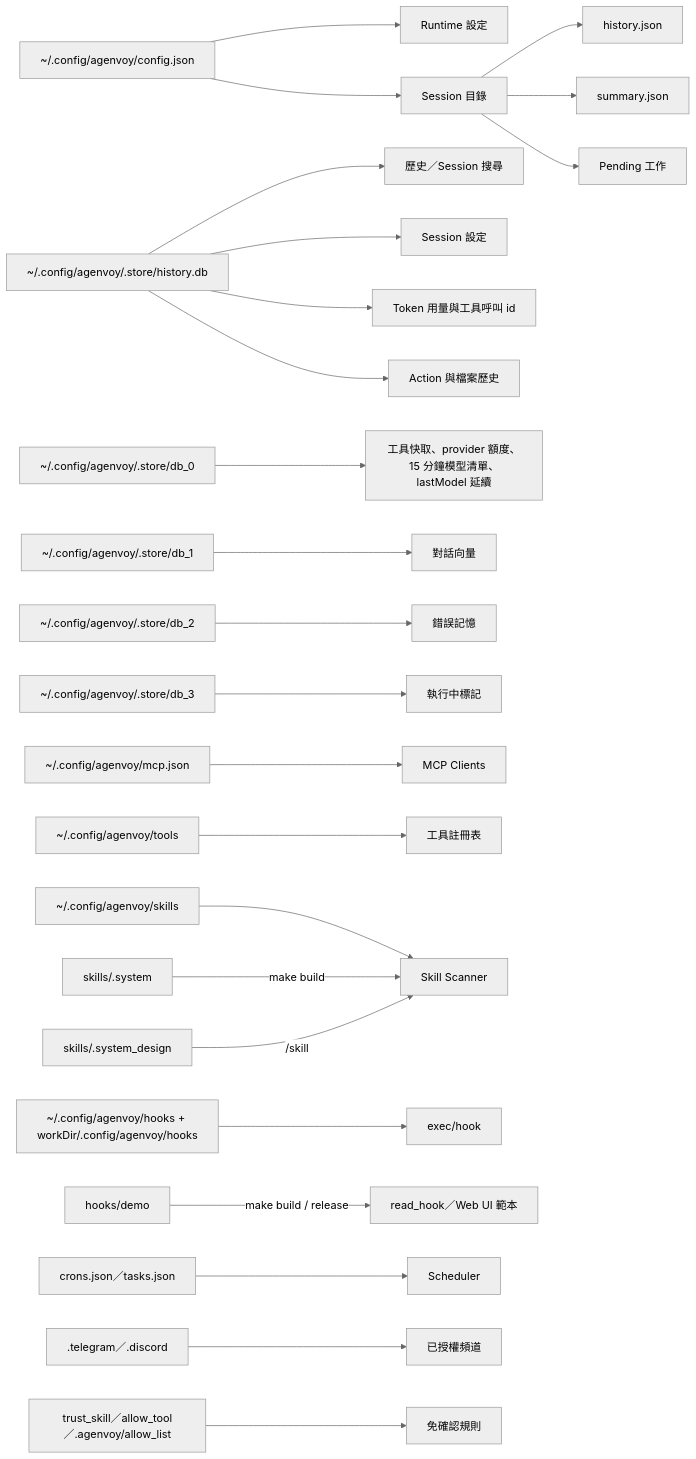
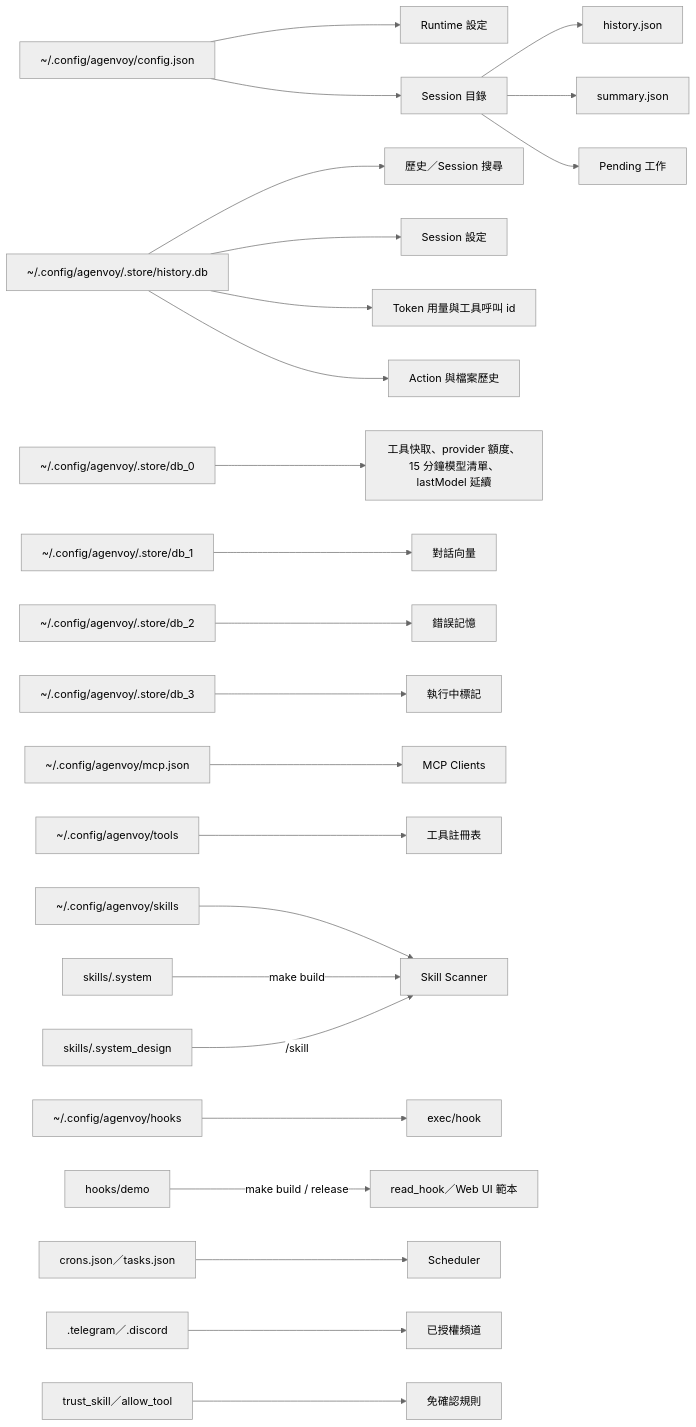
Before and after one commit to pardnchiu/Agenvoy: the tenth of 10 diagrams in doc/architecture.zh.md, drawn with Mermaid (neutral theme). The commit also changed other lines of this file and 5 other files, not shown here.

````diff
--- a/doc/architecture.zh.md
+++ b/doc/architecture.zh.md
@@ -245,26 +247,26 @@
 ```mermaid
 flowchart LR
     Config[~/.config/agenvoy/config.json] --> Runtime[Runtime 設定]
     Config --> Sessions[Session 目錄]
     Sessions --> History[history.json]
     Sessions --> Summary[summary.json]
     Sessions --> Pending[Pending 工作]
     SQLite[~/.config/agenvoy/.store/history.db] --> Search[歷史／Session 搜尋]
     SQLite --> SessionConfig[Session 設定]
     SQLite --> Usage[Token 用量與工具呼叫 id]
     SQLite --> ActionHistory[Action 與檔案歷史]
     Torii0[~/.config/agenvoy/.store/db_0] --> ToolCache[工具快取、provider 額度、15 分鐘模型清單、lastModel 延續]
     Torii1[~/.config/agenvoy/.store/db_1] --> SessionMemory[對話向量]
     Torii2[~/.config/agenvoy/.store/db_2] --> ErrorMemory[錯誤記憶]
     Torii3[~/.config/agenvoy/.store/db_3] --> Online[執行中標記]
     MCP[~/.config/agenvoy/mcp.json] --> MCPClients[MCP Clients]
     Tools[~/.config/agenvoy/tools] --> Registry[工具註冊表]
     Skills[~/.config/agenvoy/skills] --> Scanner[Skill Scanner]
     SystemSkills[skills/.system] -->|make build| Scanner
     DesignSkills[skills/.system_design] -->|/skill| Scanner
-    Hooks[~/.config/agenvoy/hooks + workDir/.config/agenvoy/hooks] --> HookRun[exec/hook]
+    Hooks[~/.config/agenvoy/hooks] --> HookRun[exec/hook]
     HookDemo[hooks/demo] -->|make build / release| ReadHook[read_hook／Web UI 範本]
     Schedules[crons.json／tasks.json] --> Scheduler[Scheduler]
     Auth[.telegram／.discord] --> Channels[已授權頻道]
-    Allow[trust_skill／allow_tool／.agenvoy/allow_list] --> Confirm[免確認規則]
+    Allow[trust_skill／allow_tool] --> Confirm[免確認規則]
 ```
````
